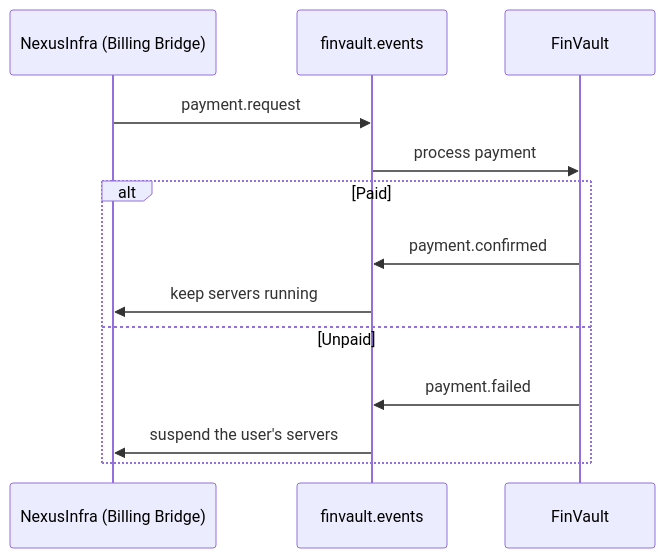
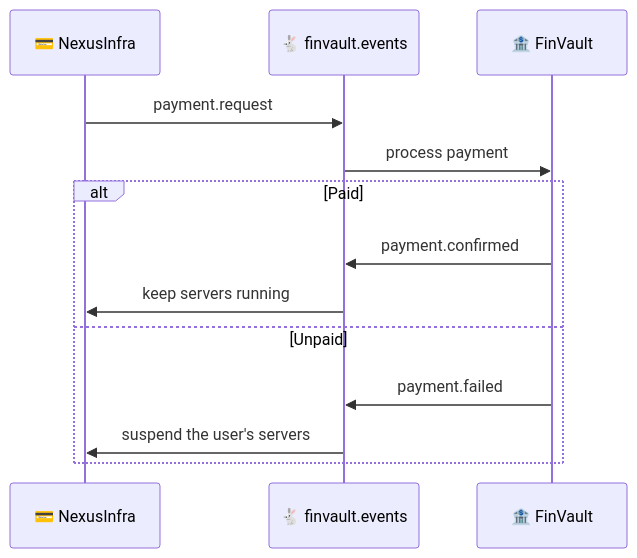
Before and after one commit to Tombomeke-Studios/NexusInfra: the third of 3 diagrams in README.md, drawn with Mermaid. The commit also changed other lines of this file, not shown here.

````diff
--- a/README.md
+++ b/README.md
@@ -162,16 +237,16 @@
 ```mermaid
 sequenceDiagram
-    participant BB as NexusInfra (Billing Bridge)
-    participant Q as finvault.events
-    participant FV as FinVault
+    participant BB as 💳 NexusInfra
+    participant Q as 🐇 finvault.events
+    participant FV as 🏦 FinVault
 
     BB->>Q: payment.request
     Q->>FV: process payment
     alt Paid
         FV->>Q: payment.confirmed
         Q->>BB: keep servers running
     else Unpaid
         FV->>Q: payment.failed
         Q->>BB: suspend the user's servers
     end
 ```
````
